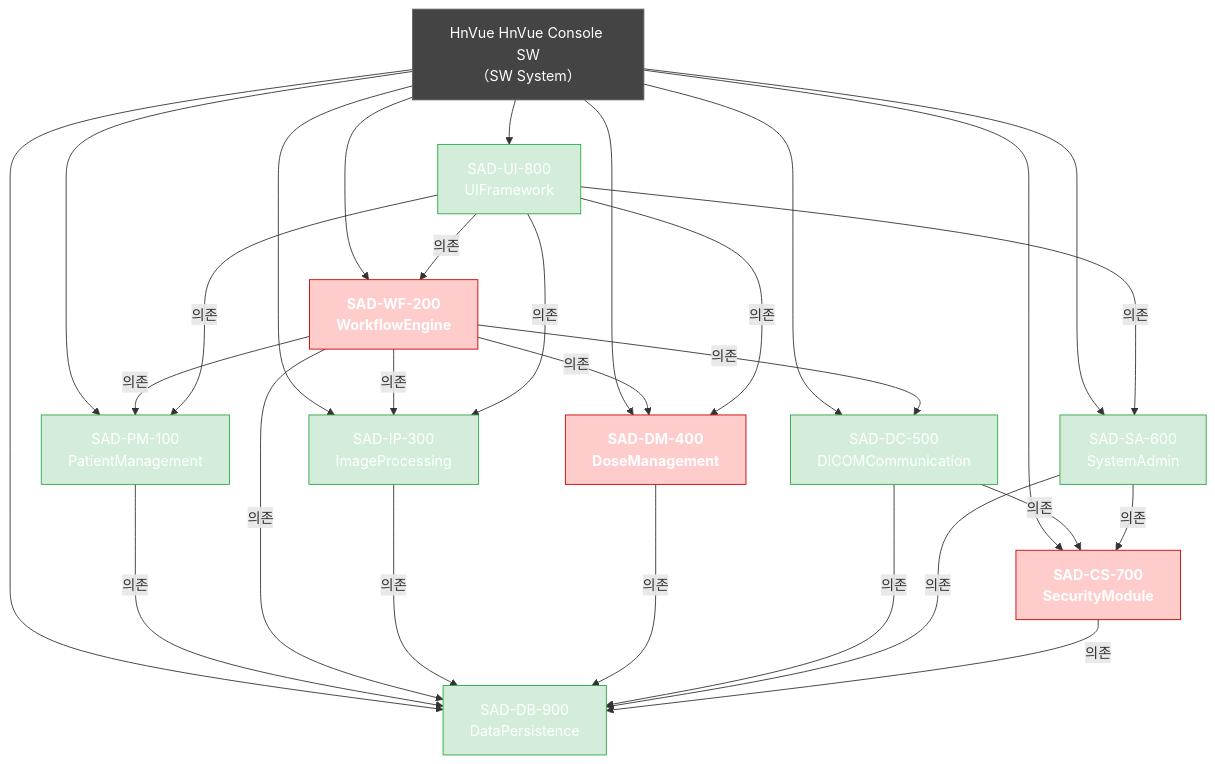
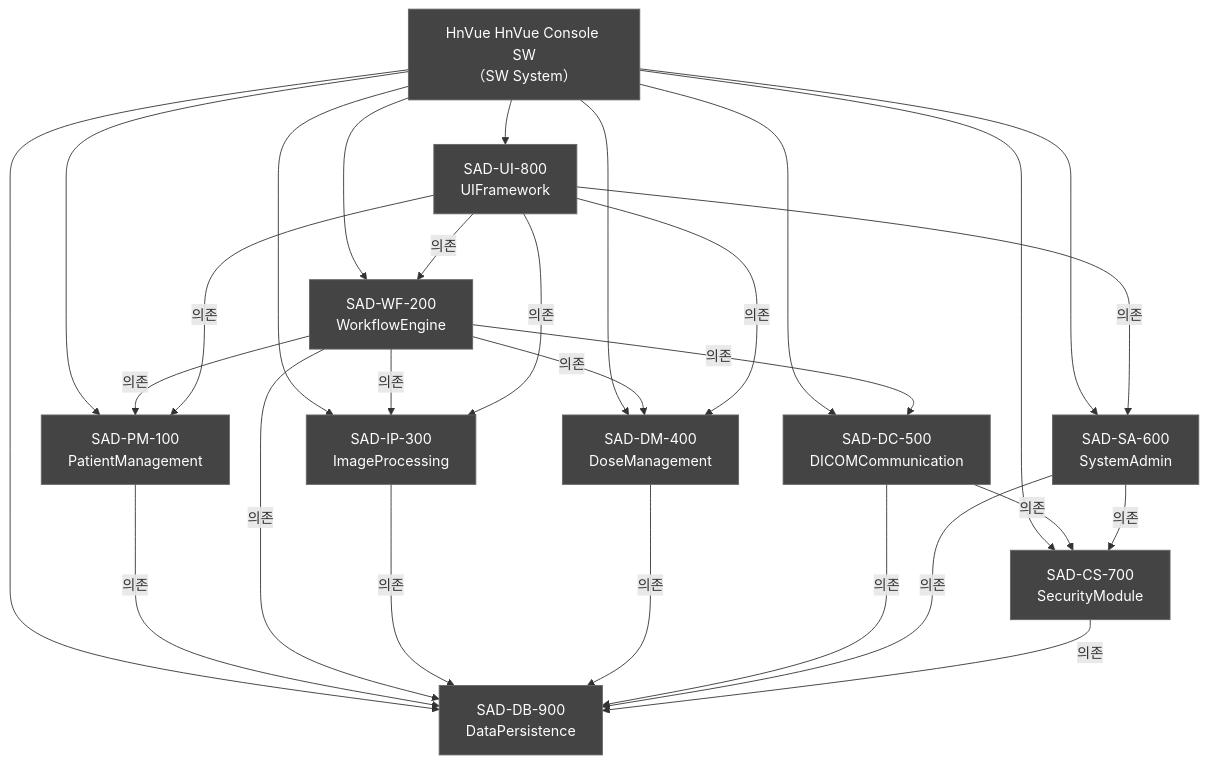
One commit to holee9/console-gui changed the sixth of 14 diagrams in docs/planning/DOC-006_SAD_v1.0.md. Above: the diagram before and after it, drawn with Mermaid. The commit also changed other lines of this file and 35 other files, not shown here.

First line of the commit message:
fix: 전체 Mermaid 차트 색상 진한 회색 통일

````diff
--- a/docs/planning/DOC-006_SAD_v1.0.md
+++ b/docs/planning/DOC-006_SAD_v1.0.md
@@ -388,28 +388,28 @@
 ```mermaid
 graph TD
     ROOT["HnVue HnVue Console SW<br/>（SW System）"]
     ROOT --> PM["SAD-PM-100<br/>PatientManagement"]
     ROOT --> WF["SAD-WF-200<br/>WorkflowEngine"]
     ROOT --> IP["SAD-IP-300<br/>ImageProcessing"]
     ROOT --> DM["SAD-DM-400<br/>DoseManagement"]
     ROOT --> DC["SAD-DC-500<br/>DICOMCommunication"]
     ROOT --> SA["SAD-SA-600<br/>SystemAdmin"]
     ROOT --> CS["SAD-CS-700<br/>SecurityModule"]
     ROOT --> UI["SAD-UI-800<br/>UIFramework"]
     ROOT --> DB["SAD-DB-900<br/>DataPersistence"]
 
     PM -->|의존| DB
     WF -->|의존| PM & IP & DM & DC & DB
     IP -->|의존| DB
     DM -->|의존| DB
     DC -->|의존| DB & CS
     SA -->|의존| DB & CS
     CS -->|의존| DB
     UI -->|의존| PM & WF & IP & DM & SA
 
     classDef default fill:#444,stroke:#666,color:#fff
-    classDef safety fill:#ffcccc,stroke:#cc0000,font-weight:bold
-    classDef normal fill:#d4edda,stroke:#28a745
+    classDef safety fill:#444,stroke:#666
+    classDef normal fill:#444,stroke:#666
     class WF,DM,CS safety
     class PM,IP,DC,SA,UI,DB normal
 ```
````
